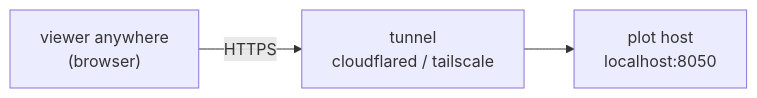
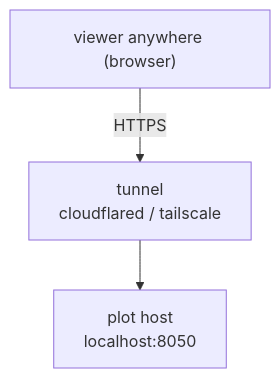
The fifth of 5 diagrams in docs/networking.md (jmontp/rtplot), drawn with Mermaid before and after one commit. The commit also changed other lines of this file and 1 other file, not shown here.

First line of the commit message:
Mermaid diagrams: switch flowcharts to TD orientation for mobile

````diff
--- a/docs/networking.md
+++ b/docs/networking.md
@@ -122,8 +122,8 @@
 ```mermaid
-flowchart LR
-    v["viewer anywhere<br/>(browser)"]
+flowchart TD
+    v["viewer anywhere (browser)"]
     t["tunnel<br/>cloudflared / tailscale"]
     s["plot host<br/>localhost:8050"]
     v -- "HTTPS" --> t
     t --> s
 ```
````
